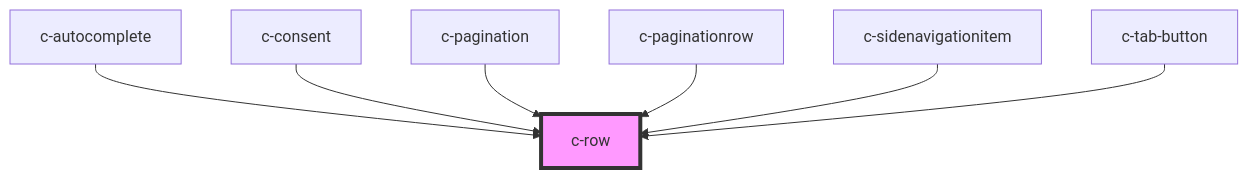
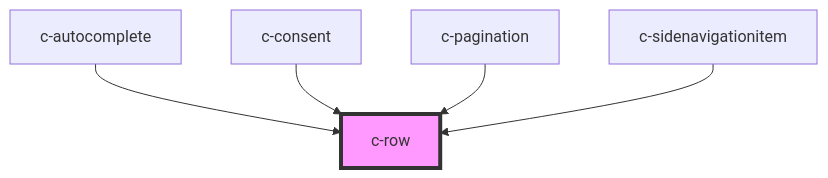
Before and after one commit to hannyle/csc-ui: the diagram in src/components/row/readme.md, drawn with Mermaid. The commit also changed other lines of this file and 37 other files, not shown here.

````diff
--- a/src/components/row/readme.md
+++ b/src/components/row/readme.md
@@ -30,10 +28,8 @@
 ```mermaid
 graph TD;
   c-autocomplete --> c-row
   c-consent --> c-row
   c-pagination --> c-row
-  c-paginationrow --> c-row
   c-sidenavigationitem --> c-row
-  c-tab-button --> c-row
   style c-row fill:#f9f,stroke:#333,stroke-width:4px
 ```
````
